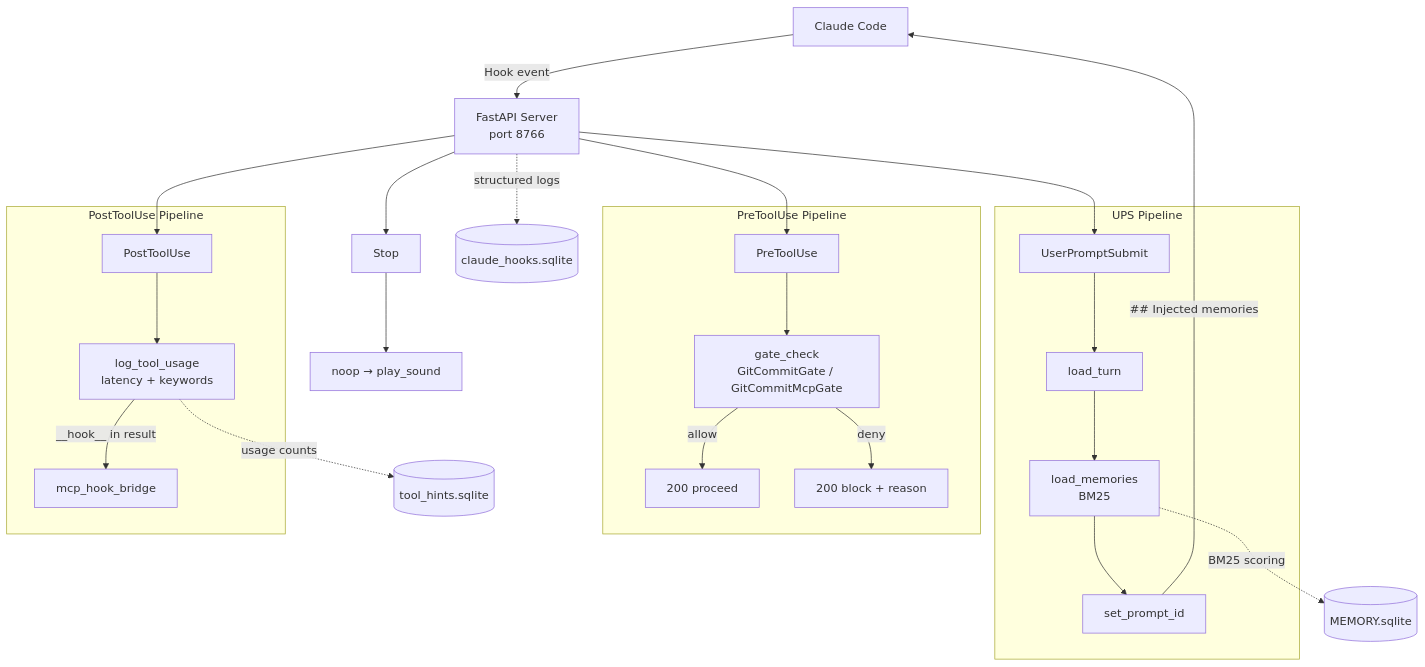
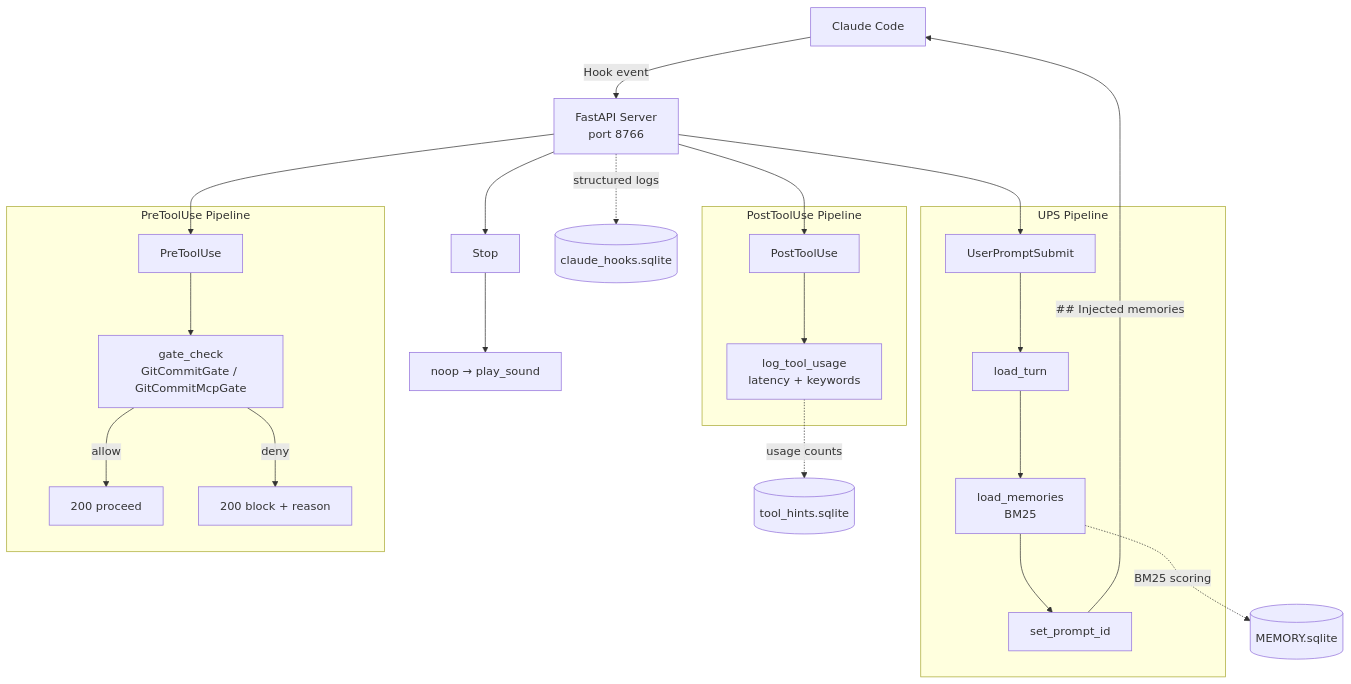
Before and after one commit to debaditya-mohankudo/claude-hooks: the diagram in docs/ARCHITECTURE.md, drawn with Mermaid. The commit also changed other lines of this file and 12 other files, not shown here.

First line of the commit message:
task:b336fc90 Drop the Ollama daemon bootstrap and the dead MCP hook bridge

````diff
--- a/docs/ARCHITECTURE.md
+++ b/docs/ARCHITECTURE.md
@@ -83,34 +82,33 @@
 ```mermaid
 flowchart TD
     CC[Claude Code] -->|Hook event| FS[FastAPI Server\nport 8766]
 
     FS --> UPS[UserPromptSubmit]
     FS --> PTU_pre[PreToolUse]
     FS --> PTU_post[PostToolUse]
     FS --> STOP[Stop]
 
     subgraph UPS Pipeline
         UPS --> LT[load_turn]
         LT --> LM[load_memories\nBM25]
         LM --> SP[set_prompt_id]
     end
 
     subgraph PreToolUse Pipeline
         PTU_pre --> GC[gate_check\nGitCommitGate / GitCommitMcpGate]
         GC -->|allow| ALLOW[200 proceed]
         GC -->|deny| BLOCK[200 block + reason]
     end
 
     subgraph PostToolUse Pipeline
         PTU_post --> LU[log_tool_usage\nlatency + keywords]
-        LU -->|__hook__ in result| BR[mcp_hook_bridge]
     end
 
     STOP --> NOOP[noop → play_sound]
 
     SP -->|"## Injected memories"| CC
 
     LM -.->|BM25 scoring| MEMDB[(MEMORY.sqlite)]
     LU -.->|usage counts| THDB[(tool_hints.sqlite)]
     FS -.->|structured logs| LOGDB[(claude_hooks.sqlite)]
 ```
````
